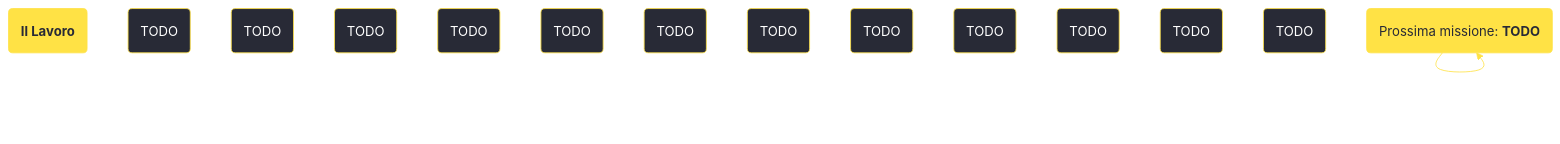
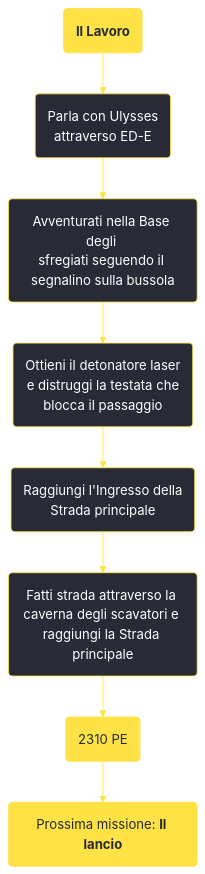
The diagram in content/voci/fallout new vegas/missioni/Il Lavoro.md (persy/wastelander), drawn with Mermaid before and after one commit. The commit also changed 174 other files, not shown here.

````diff
--- a/content/voci/fallout new vegas/missioni/Il Lavoro.md
+++ b/content/voci/fallout new vegas/missioni/Il Lavoro.md
@@ -32,24 +32,18 @@
 ```mermaid
 %%{init: {'theme': 'base', 'themeVariables': { 'primaryColor': '#282a36', 'primaryBorderColor': '#ffe245', 'primaryTextColor': '#fff', 'lineColor': '#ffe245', 'fontFamily': 'Jura'}}}%%
 graph TD;
     id1(<b>Il Lavoro</b>):::questfnv
-    id2(TODO)
-    id3(TODO)
-    id4(TODO)
-    id5(TODO)
-    id6(TODO)
-    id7(TODO) 
-    id8(TODO)
-    id9(TODO)
-    id10(TODO)
-    id11(TODO)
-    id12(TODO)
-    id13(TODO) 
-    id(TODO):::rewardfnv
-    id(Prossima missione: <b>TODO</b>):::questfnv
-    id-->id-->id-->id-->id-->id-->id
+    id2(Parla con Ulysses <br />attraverso ED-E)
+    id3(Avventurati nella Base degli <br />sfregiati seguendo il <br />segnalino sulla bussola)
+    id4(Ottieni il detonatore laser <br />e distruggi la testata che <br />blocca il passaggio)
+    id5(Raggiungi l'Ingresso della <br />Strada principale)
+    id6(Fatti strada attraverso la <br />caverna degli scavatori e <br />raggiungi la Strada principale)
+    id7(2310 PE):::rewardfnv
+    id8(Prossima missione: <b>Il lancio</b>):::questfnv
     
-    click id "../TODO"
+    id1-->id2-->id3-->id4-->id5-->id6-->id7-->id8
+    
+    click id8 "../il-lancio"
     classDef rewardfnv fill:#ffe245, stroke:#ffe245, color:#282a36;
     classDef questfnv fill:#ffe245, stroke:#ffe245, color:#282a36;
 ```
````
